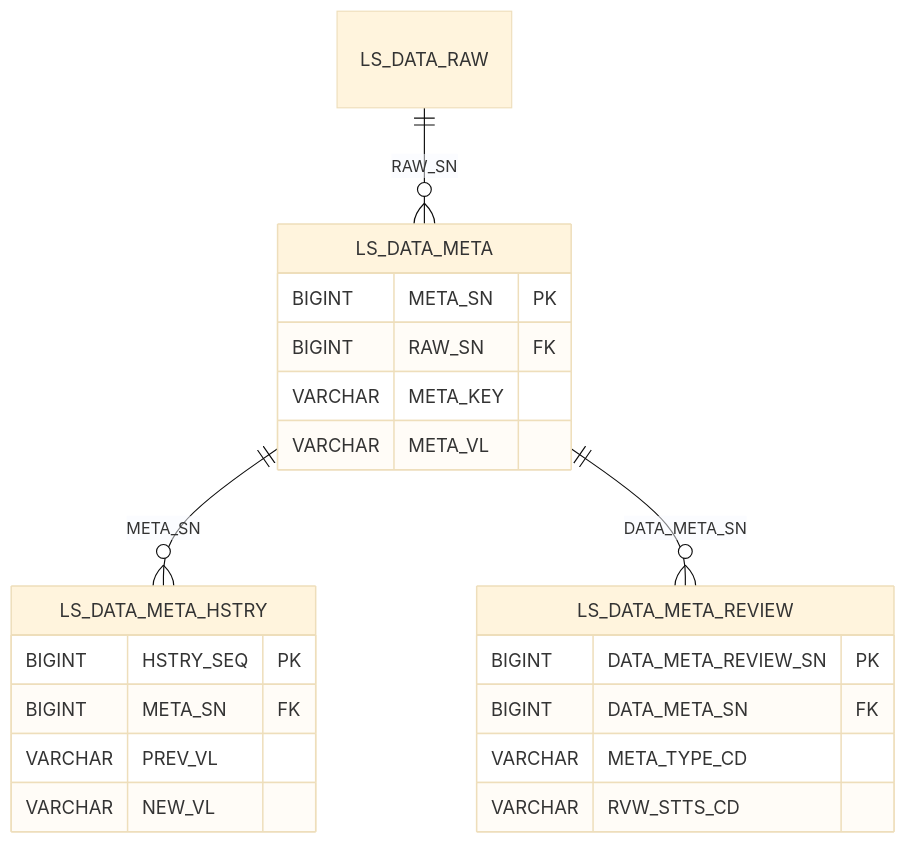
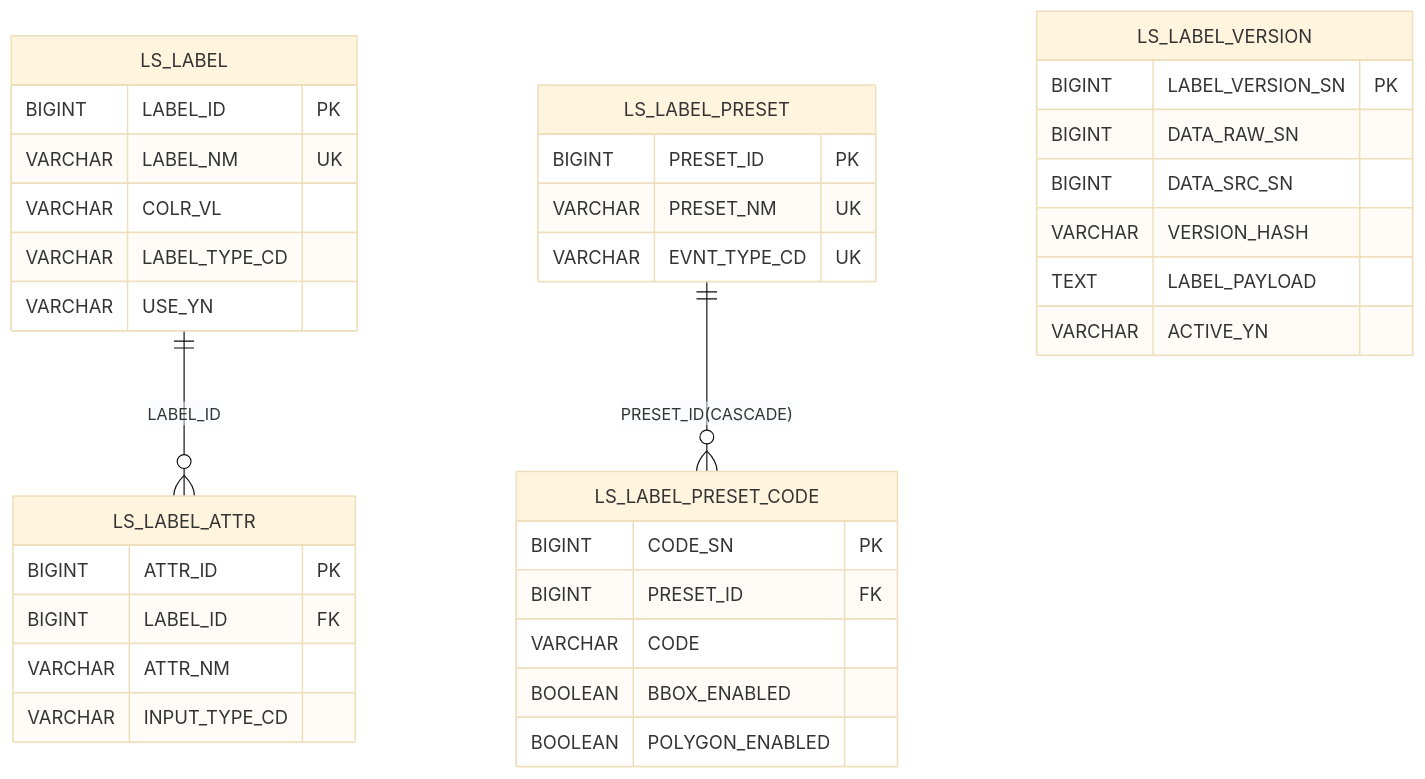
Before and after one commit to New-stella/klid-label: the third of 12 diagrams in docs/design/D8-엔티티관계모형설계서.md, drawn with Mermaid (base theme). The commit also changed other lines of this file and 36 other files, not shown here.

````diff
--- a/docs/design/D8-엔티티관계모형설계서.md
+++ b/docs/design/D8-엔티티관계모형설계서.md
@@ -143,25 +144,39 @@
 ```mermaid
 erDiagram
-    LS_DATA_RAW ||--o{ LS_DATA_META : "RAW_SN"
-    LS_DATA_META ||--o{ LS_DATA_META_HSTRY : "META_SN"
-    LS_DATA_META ||--o{ LS_DATA_META_REVIEW : "DATA_META_SN"
+    LS_LABEL ||--o{ LS_LABEL_ATTR : "LABEL_ID"
+    LS_LABEL_PRESET ||--o{ LS_LABEL_PRESET_CODE : "PRESET_ID(CASCADE)"
 
-    LS_DATA_META {
-        BIGINT META_SN PK
-        BIGINT RAW_SN FK
-        VARCHAR META_KEY
-        VARCHAR META_VL
+    LS_LABEL {
+        BIGINT LABEL_ID PK
+        VARCHAR LABEL_NM UK
+        VARCHAR COLR_VL
+        VARCHAR LABEL_TYPE_CD
+        VARCHAR USE_YN
     }
-    LS_DATA_META_HSTRY {
-        BIGINT HSTRY_SEQ PK
-        BIGINT META_SN FK
-        VARCHAR PREV_VL
-        VARCHAR NEW_VL
+    LS_LABEL_ATTR {
+        BIGINT ATTR_ID PK
+        BIGINT LABEL_ID FK
+        VARCHAR ATTR_NM
+        VARCHAR INPUT_TYPE_CD
     }
-    LS_DATA_META_REVIEW {
-        BIGINT DATA_META_REVIEW_SN PK
-        BIGINT DATA_META_SN FK
-        VARCHAR META_TYPE_CD
-        VARCHAR RVW_STTS_CD
+    LS_LABEL_PRESET {
+        BIGINT PRESET_ID PK
+        VARCHAR PRESET_NM UK
+        VARCHAR EVNT_TYPE_CD UK
+    }
+    LS_LABEL_PRESET_CODE {
+        BIGINT CODE_SN PK
+        BIGINT PRESET_ID FK
+        VARCHAR CODE
+        BOOLEAN BBOX_ENABLED
+        BOOLEAN POLYGON_ENABLED
+    }
+    LS_LABEL_VERSION {
+        BIGINT LABEL_VERSION_SN PK
+        BIGINT DATA_RAW_SN
+        BIGINT DATA_SRC_SN
+        VARCHAR VERSION_HASH
+        TEXT LABEL_PAYLOAD
+        VARCHAR ACTIVE_YN
     }
 ```
````
